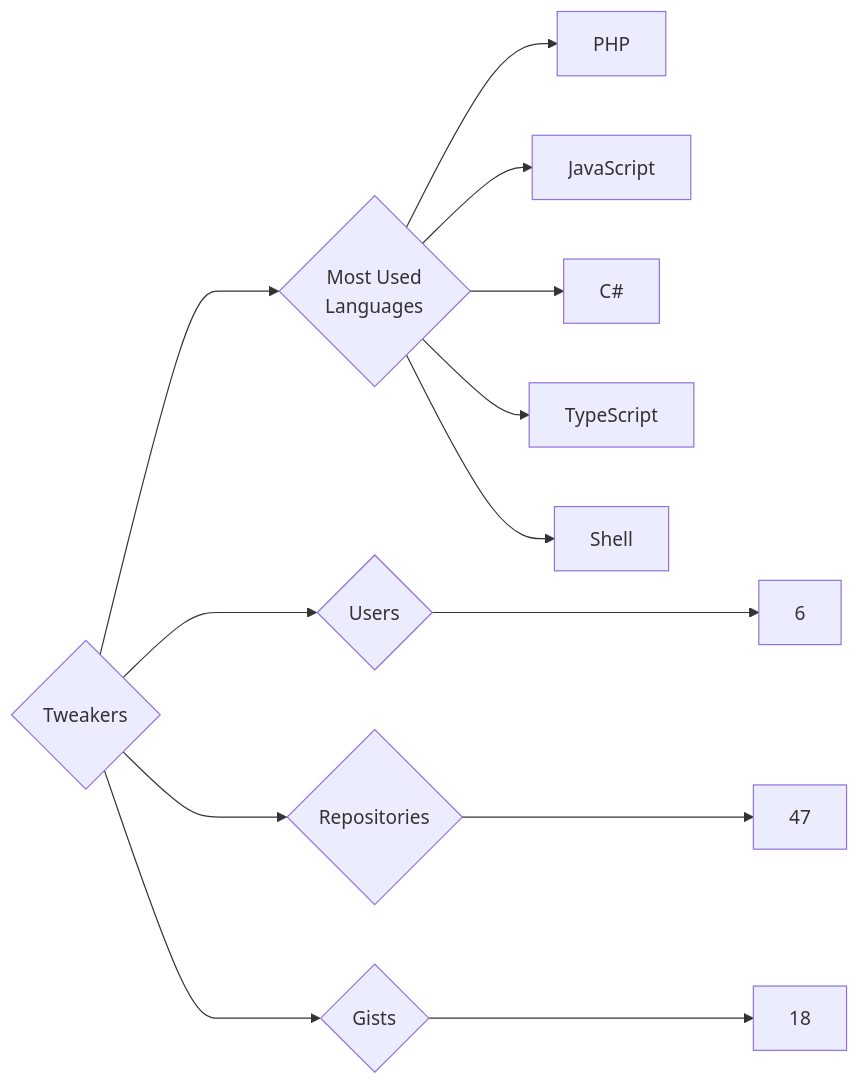
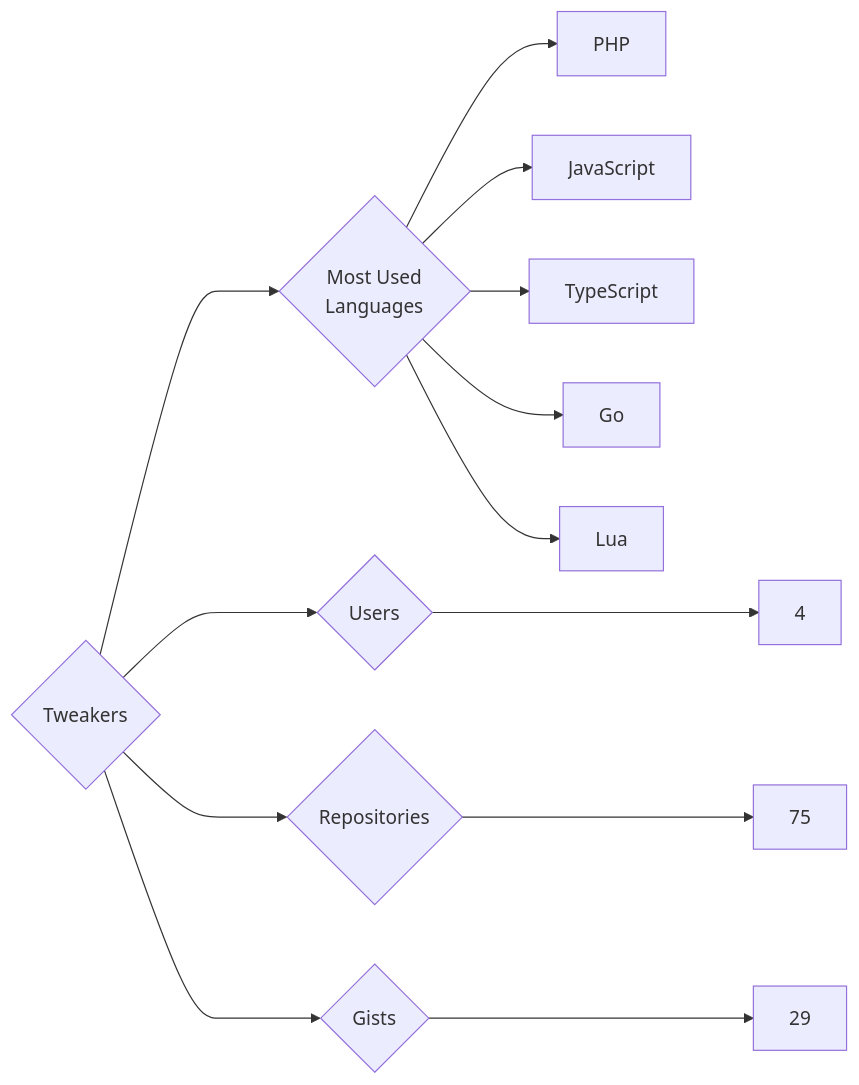
The diagram in targets/Tweakers/README.md (trickest/insiders), drawn with Mermaid before and after one commit. The commit also changed 1508 other files, not shown here.

````diff
--- a/targets/Tweakers/README.md
+++ b/targets/Tweakers/README.md
@@ -3,13 +3,13 @@
 ```mermaid
 graph LR
 COMPANY_NAME{Tweakers}
-COMPANY_NAME ---> U{Users} ---> UN[6]
-COMPANY_NAME ---> R{Repositories} ---> RN[47]
-COMPANY_NAME ---> G{Gists} ---> GN[18]
+COMPANY_NAME ---> U{Users} ---> UN[4]
+COMPANY_NAME ---> R{Repositories} ---> RN[75]
+COMPANY_NAME ---> G{Gists} ---> GN[29]
 COMPANY_NAME ---> ML{Most Used<br>Languages}
 ML --> PHP[PHP]
 ML --> JavaScript[JavaScript]
-ML --> C#[C#]
 ML --> TypeScript[TypeScript]
-ML --> Shell[Shell]
+ML --> Go[Go]
+ML --> Lua[Lua]
 ```
````
